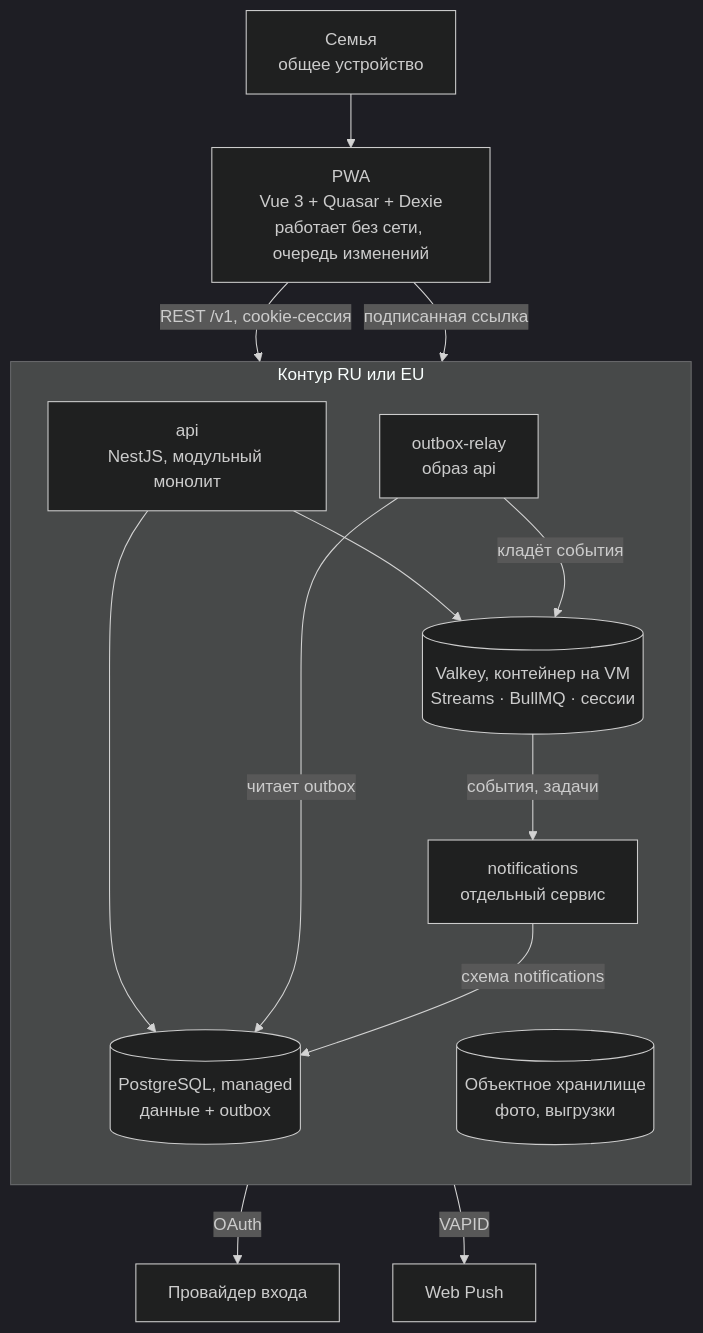
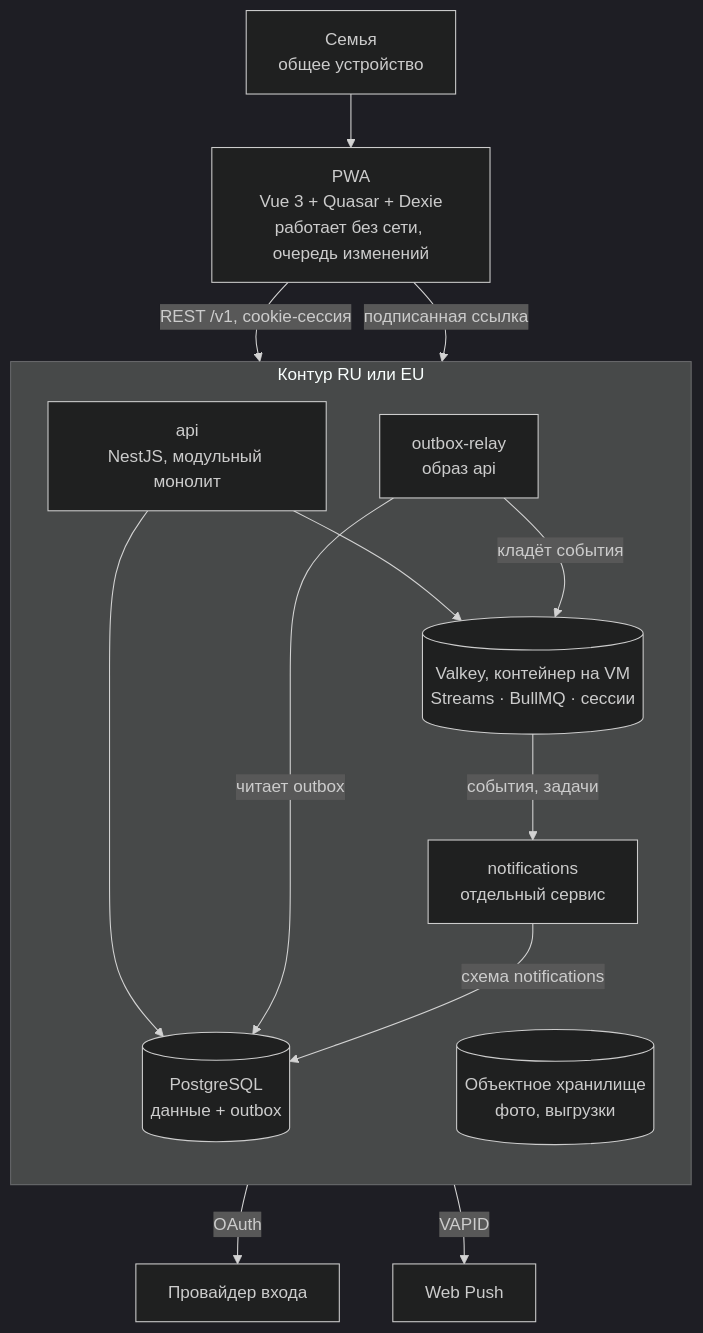
Before and after one commit to SiritosKon/kids-chores: the fourth of 4 diagrams in research/02-backend-architecture.md, drawn with Mermaid (dark theme). The commit also changed other lines of this file and 5 other files, not shown here.

````diff
--- a/research/02-backend-architecture.md
+++ b/research/02-backend-architecture.md
@@ -668,28 +668,28 @@
 ```mermaid
 flowchart TB
   family["Семья<br/>общее устройство"]
   spa["PWA<br/>Vue 3 + Quasar + Dexie<br/>работает без сети, очередь изменений"]
   family --> spa
 
   subgraph region["Контур RU или EU"]
     direction TB
     api["api<br/>NestJS, модульный монолит"]
     relay["outbox-relay<br/>образ api"]
     notify["notifications<br/>отдельный сервис"]
-    db[("PostgreSQL, managed<br/>данные + outbox")]
+    db[("PostgreSQL<br/>данные + outbox")]
     kv[("Valkey, контейнер на VM<br/>Streams · BullMQ · сессии")]
     s3[("Объектное хранилище<br/>фото, выгрузки")]
 
     api --> db
     api --> kv
     relay -->|читает outbox| db
     relay -->|кладёт события| kv
     kv -->|события, задачи| notify
     notify -->|схема notifications| db
   end
 
   spa -->|REST /v1, cookie-сессия| api
   spa -->|подписанная ссылка| s3
   api -->|OAuth| idp["Провайдер входа"]
   notify -->|VAPID| push["Web Push"]
 ```
````
